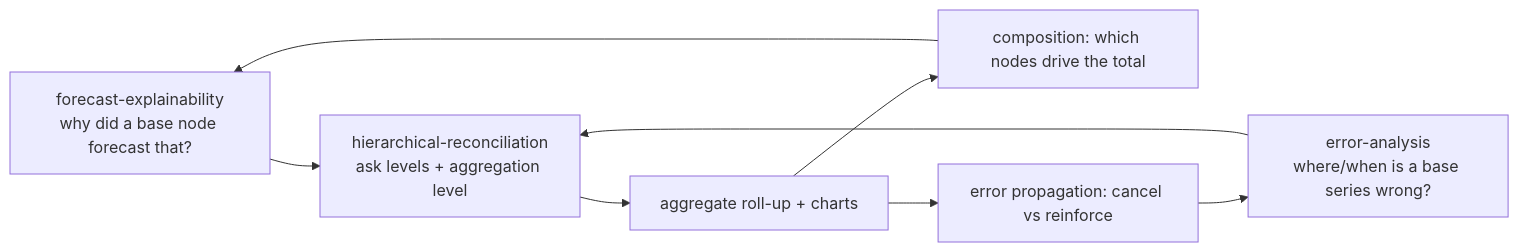
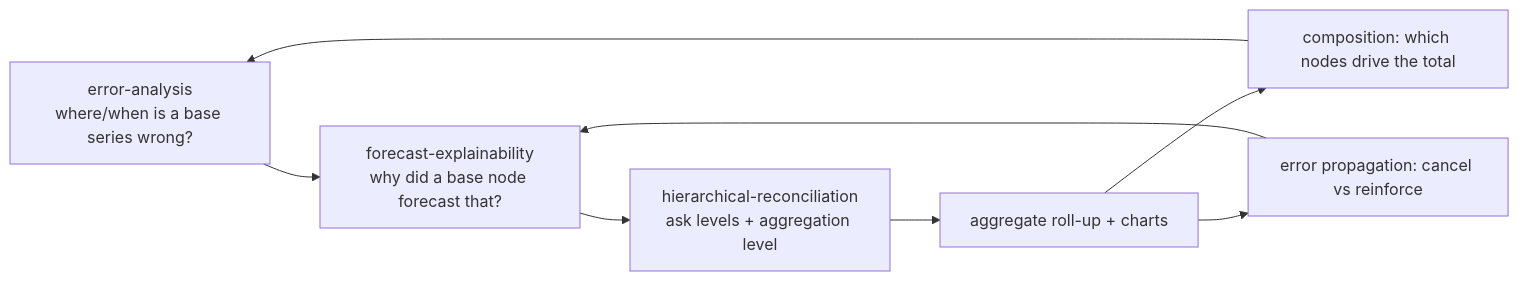
Before and after one commit to mmbellani/time-series-forecasting-accelerator-agent: the diagram in .github/skills/hierarchical-reconciliation/SKILL.md, drawn with Mermaid. The commit also changed other lines of this file and 30 other files, not shown here.

````diff
--- a/.github/skills/hierarchical-reconciliation/SKILL.md
+++ b/.github/skills/hierarchical-reconciliation/SKILL.md
@@ -45,10 +45,10 @@
 ```mermaid
 flowchart LR
-    A[forecast-explainability<br/>why did a base node forecast that?] --> C
-    B[error-analysis<br/>where/when is a base series wrong?] --> C
+    A[error-analysis<br/>where/when is a base series wrong?] --> B[forecast-explainability<br/>why did a base node forecast that?]
+    B --> C
     C[hierarchical-reconciliation<br/>ask levels + aggregation level] --> D[aggregate roll-up + charts]
     D --> E[composition: which nodes drive the total]
     D --> F[error propagation: cancel vs reinforce]
     E --> A
     F --> B
 ```
````
